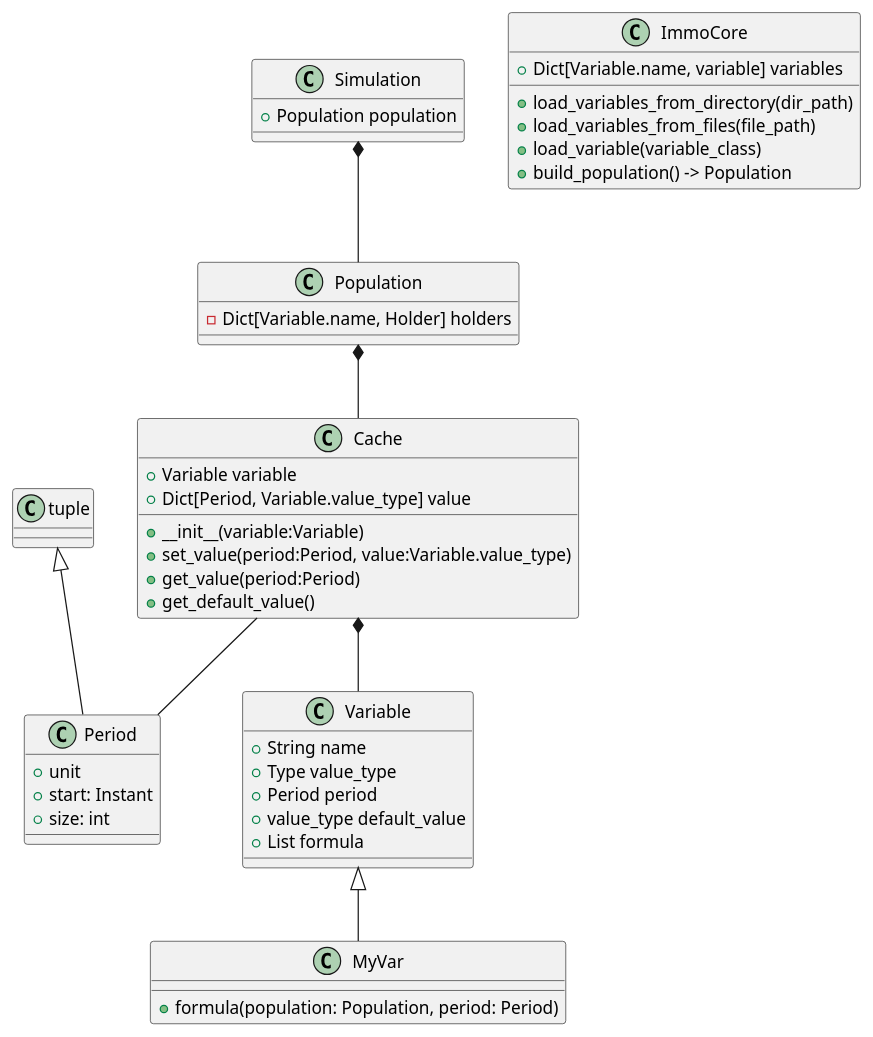
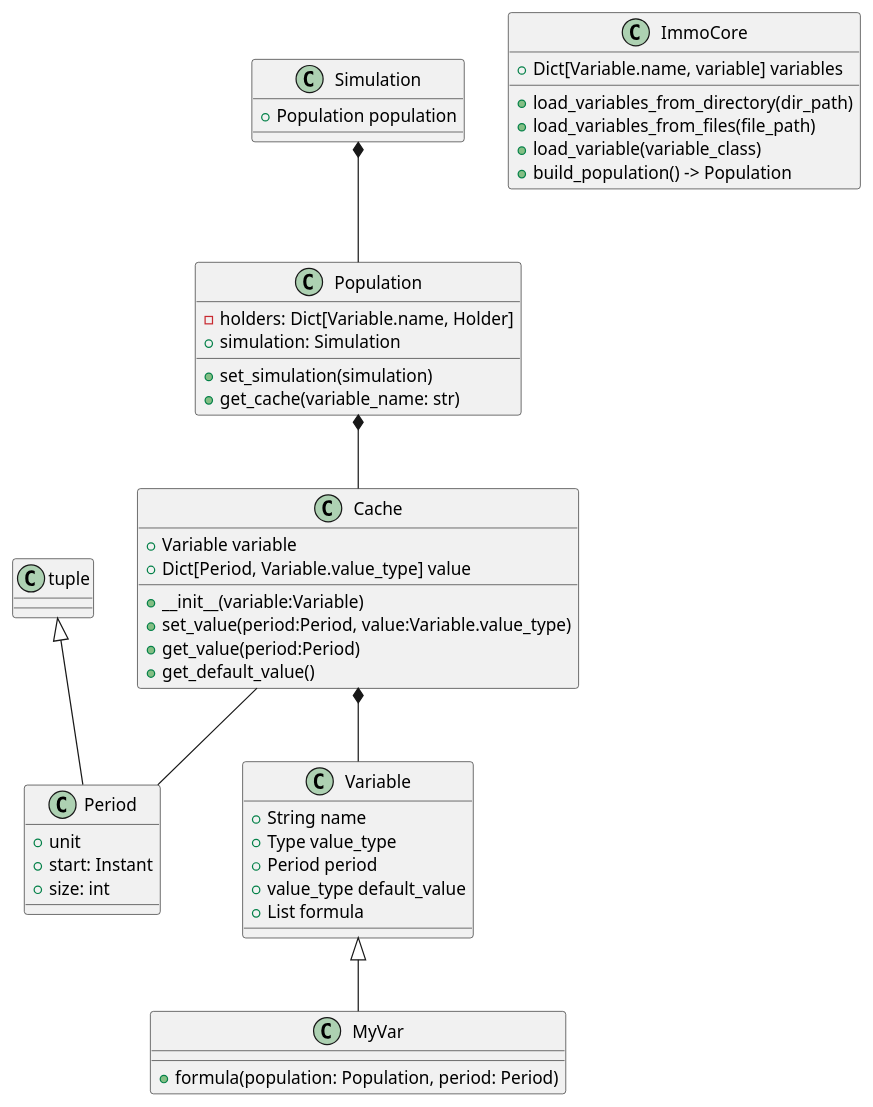
One commit to nboutin/immo_perfo changed the diagram in doc/class.plantuml. Above: the diagram before and after it, drawn with PlantUML. The commit also changed 1 other file, not shown here.

```diff
--- a/doc/class.plantuml
+++ b/doc/class.plantuml
@@ -1,53 +1,56 @@
 @startuml
 
 class Variable {
 	+String name
 	+Type value_type
 	+Period period
 	+value_type default_value
 	+List formula
 }
 
 class MyVar {
     +formula(population: Population, period: Period)
 }
 
 class Cache {
 	+Variable variable
 	+Dict[Period, Variable.value_type] value
 	+__init__(variable:Variable)
 	+set_value(period:Period, value:Variable.value_type)
 	+get_value(period:Period)
 	+get_default_value()
 }
 
 class Period {
     +unit
     +start: Instant
     +size: int
 }
 
 class Population {
-	-Dict[Variable.name, Holder] holders
+	-holders: Dict[Variable.name, Holder]
+	+simulation: Simulation
+	+set_simulation(simulation)
+	+get_cache(variable_name: str)
 }
 
 class ImmoCore {
     +Dict[Variable.name, variable] variables
     +load_variables_from_directory(dir_path)
     +load_variables_from_files(file_path)
     +load_variable(variable_class)
     +build_population() -> Population
 }
 
 class Simulation {
     +Population population
 }
 
 Variable <|-- MyVar
 Cache *-- Variable
 tuple <|-- Period
 Cache -- Period
 Population *-- Cache
 Simulation *-- Population
 
 @enduml
```
